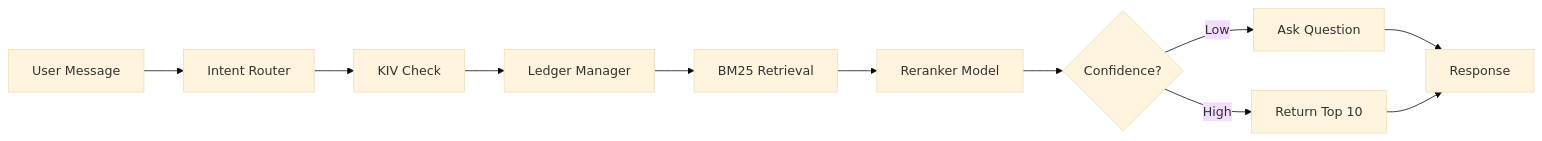
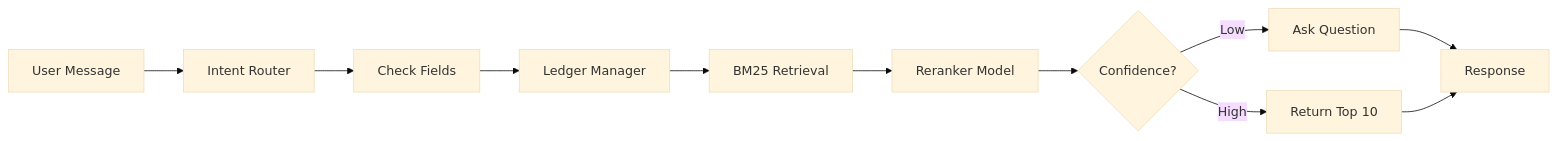
One commit to glentls/AI-Shopping-Copilot changed the second of 5 diagrams in docs/diagrams/architecture.md. Above: the diagram before and after it, drawn with Mermaid (base theme). The commit also changed other lines of this file and 3 other files, not shown here.

````diff
--- a/docs/diagrams/architecture.md
+++ b/docs/diagrams/architecture.md
@@ -140,13 +140,13 @@
 ```mermaid
 flowchart LR
     A[User Message] --> B[Intent Router]
-    B --> C[KIV Check]
+    B --> C[Check Fields]
     C --> D[Ledger Manager]
     D --> E[BM25 Retrieval]
     E --> F[Reranker Model]
     F --> G{Confidence?}
     G -->|Low| H[Ask Question]
     G -->|High| I[Return Top 10]
     H --> J[Response]
     I --> J[Response]
 ```
````
